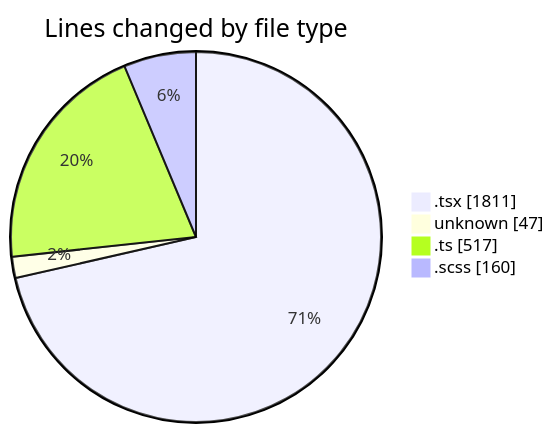
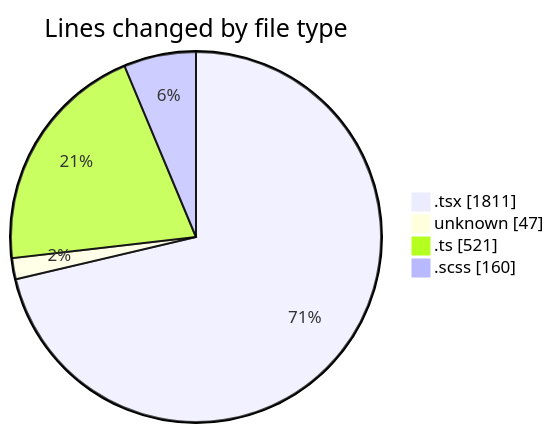
The first of 2 diagrams in 2025-09-18/cda/README.md (momahboobian/code-tracking), drawn with Mermaid before and after one commit. The commit also changed other lines of this file and 1 other file, not shown here.

````diff
--- a/2025-09-18/cda/README.md
+++ b/2025-09-18/cda/README.md
@@ -25,8 +25,8 @@
 ```mermaid
 pie showData
 title Lines changed by file type
 ".tsx" : 1811
 "unknown" : 47
-".ts" : 517
+".ts" : 521
 ".scss" : 160
 ```
````
